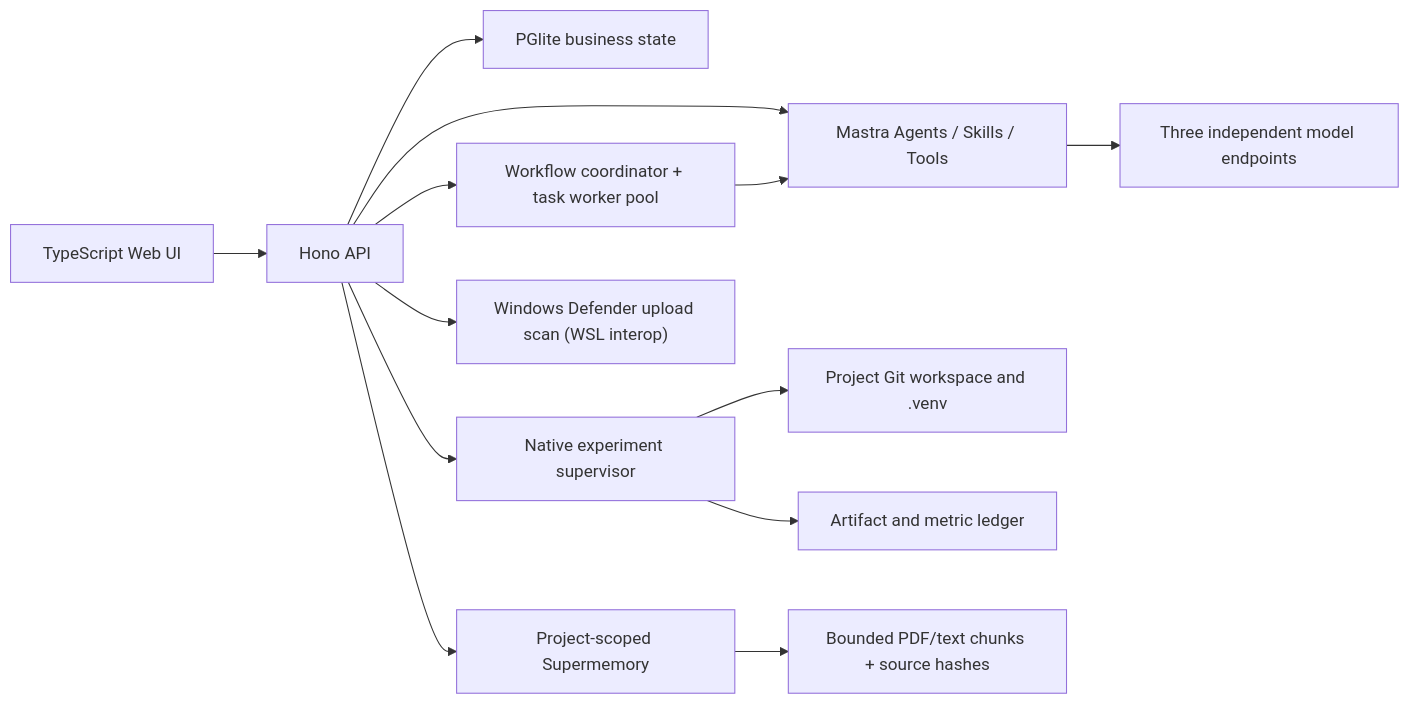
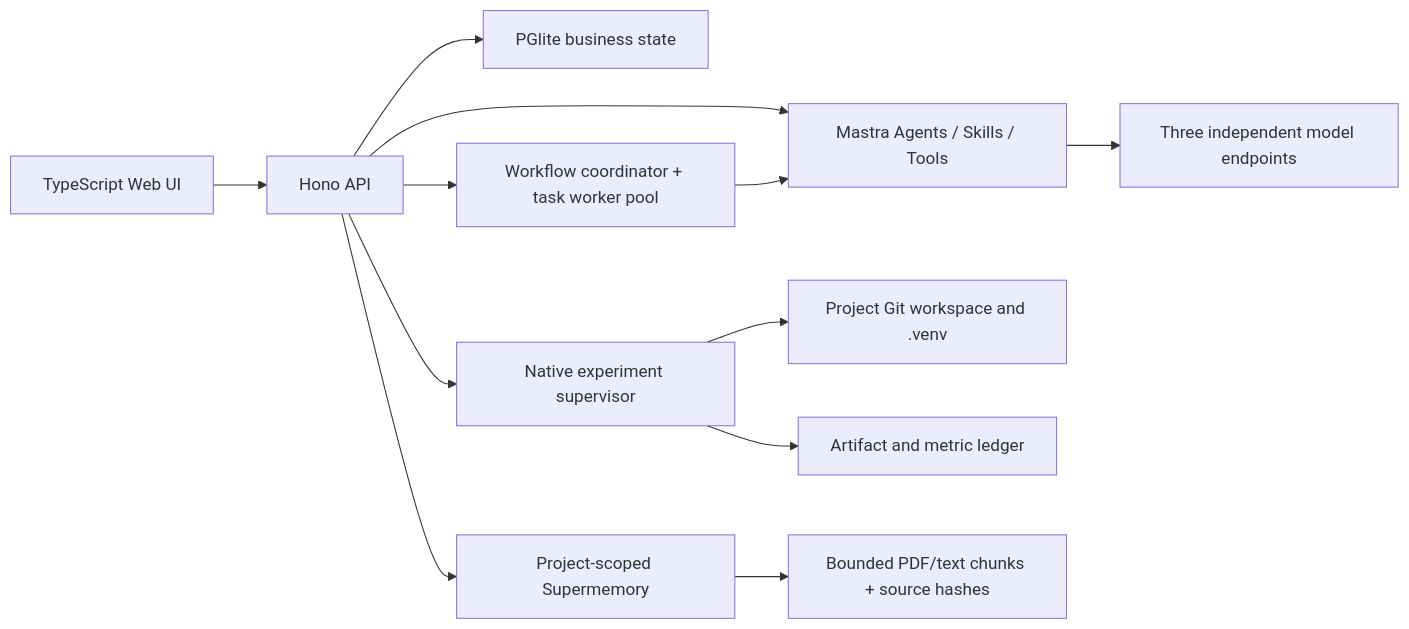
One commit to Karbo123/ResearchOS changed the diagram in docs/architecture.md. Above: the diagram before and after it, drawn with Mermaid. The commit also changed other lines of this file and 63 other files, not shown here.

````diff
--- a/docs/architecture.md
+++ b/docs/architecture.md
@@ -5,15 +5,14 @@
 ```mermaid
 flowchart LR
   Browser["TypeScript Web UI"] --> API["Hono API"]
   API --> State["PGlite business state"]
   API --> Mastra["Mastra Agents / Skills / Tools"]
   Mastra --> Models["Three independent model endpoints"]
   API --> Queue["Workflow coordinator + task worker pool"]
   Queue --> Mastra
   API --> Runner["Native experiment supervisor"]
   Runner --> Project["Project Git workspace and .venv"]
   Runner --> Artifacts["Artifact and metric ledger"]
-  API --> Defender["Windows Defender upload scan (WSL interop)"]
   API --> Memory["Project-scoped Supermemory"]
   Memory --> Chunks["Bounded PDF/text chunks + source hashes"]
 ```
````
